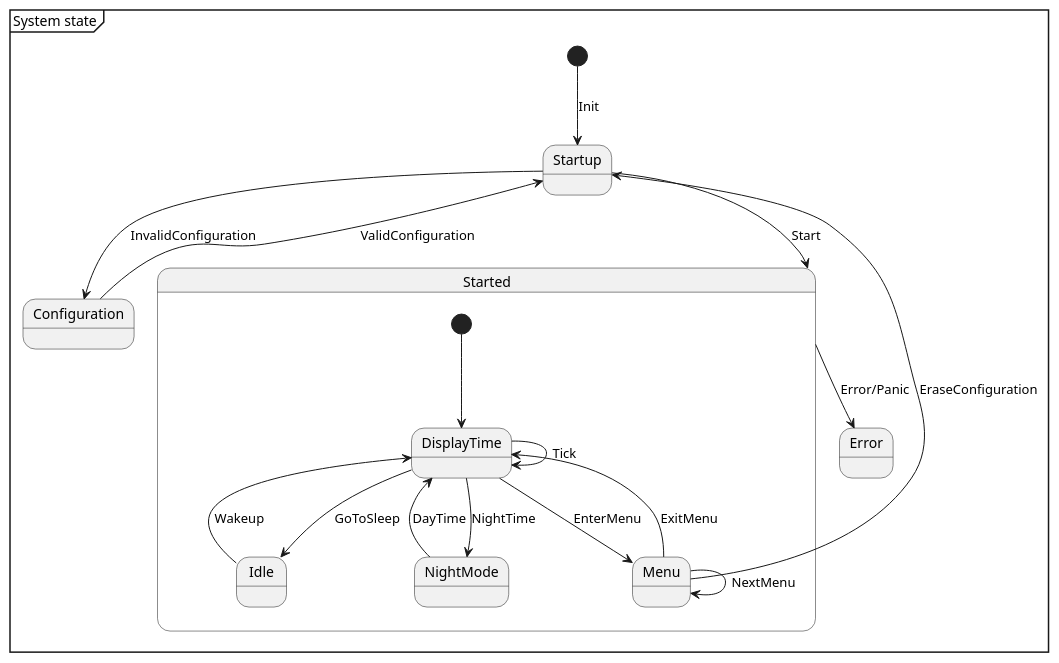
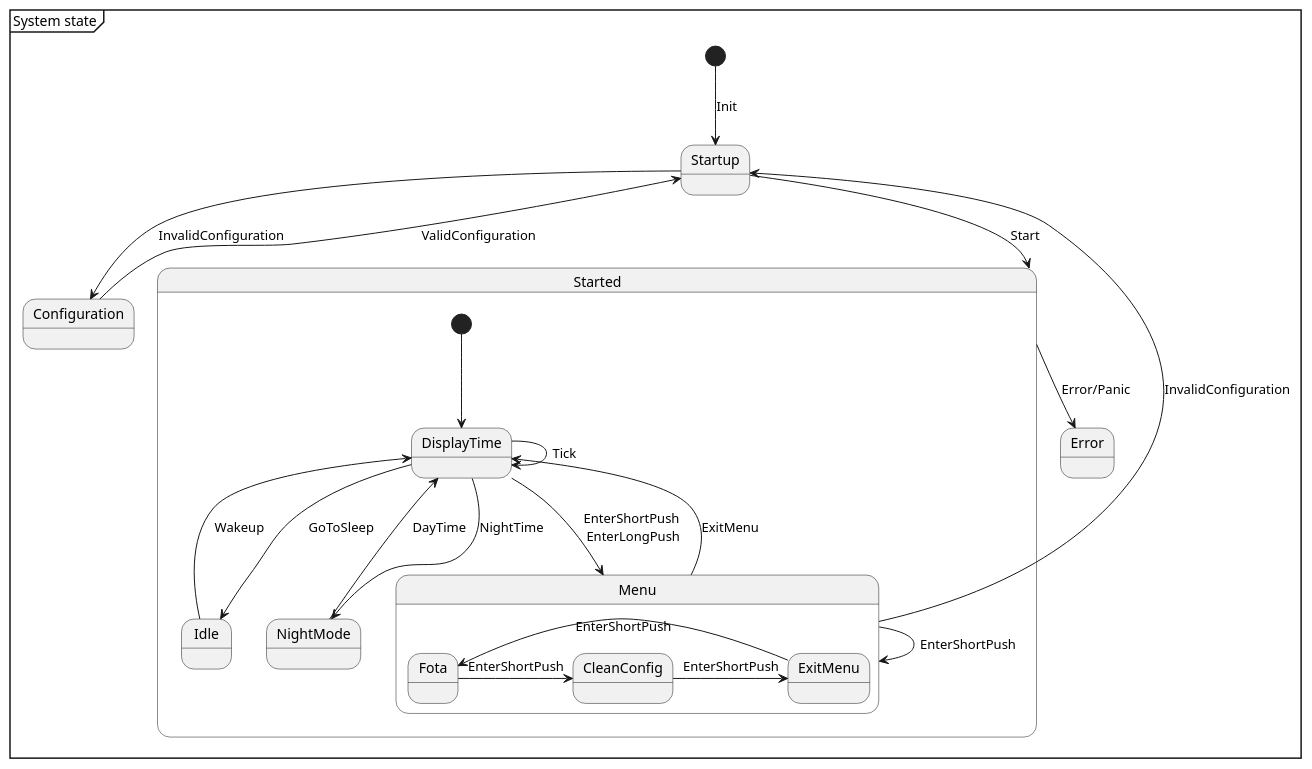
Before and after one commit to lmayencourt/wordclock: the diagram in doc/uml/1_problem_description/use_case/system_state.puml, drawn with PlantUML. The commit also changed 5 other files, not shown here.

```diff
--- a/doc/uml/1_problem_description/use_case/system_state.puml
+++ b/doc/uml/1_problem_description/use_case/system_state.puml
@@ -1,40 +1,48 @@
 @startuml
 
 mainframe System state
 
 state Startup
 state Configuration
 state Started {
     state DisplayTime
     state NightMode
-    state Menu
+    state Menu {
+        state Fota
+        state CleanConfig
+        state ExitMenu
+    }
     state Idle
 }
 state Error
 
 [*] --> Startup: Init
 
 Startup --> Configuration: InvalidConfiguration
 Startup --> Started: Start
 
 state Started {
     Configuration -> Startup: ValidConfiguration
 
     [*] --> DisplayTime
-    DisplayTime --> Menu: EnterMenu
-    Menu --> Menu: NextMenu
+    DisplayTime --> Menu: EnterShortPush \nEnterLongPush
+    Menu --> Menu: EnterShortPush
     Menu --> DisplayTime: ExitMenu
-    Menu -up-> Startup: EraseConfiguration
+    Menu -up-> Startup: InvalidConfiguration
+
+    Fota -> CleanConfig: EnterShortPush
+    CleanConfig -> ExitMenu: EnterShortPush
+    ExitMenu -> Fota: EnterShortPush
 
     DisplayTime --> Idle: GoToSleep
     DisplayTime <-- Idle: Wakeup
     DisplayTime -> DisplayTime: Tick
 
     DisplayTime --> NightMode: NightTime
     DisplayTime <-- NightMode: DayTime
 }
 
 Started --> Error: Error/Panic
 ' Configuration --> Error: Error/Panic
 
 @enduml
```
